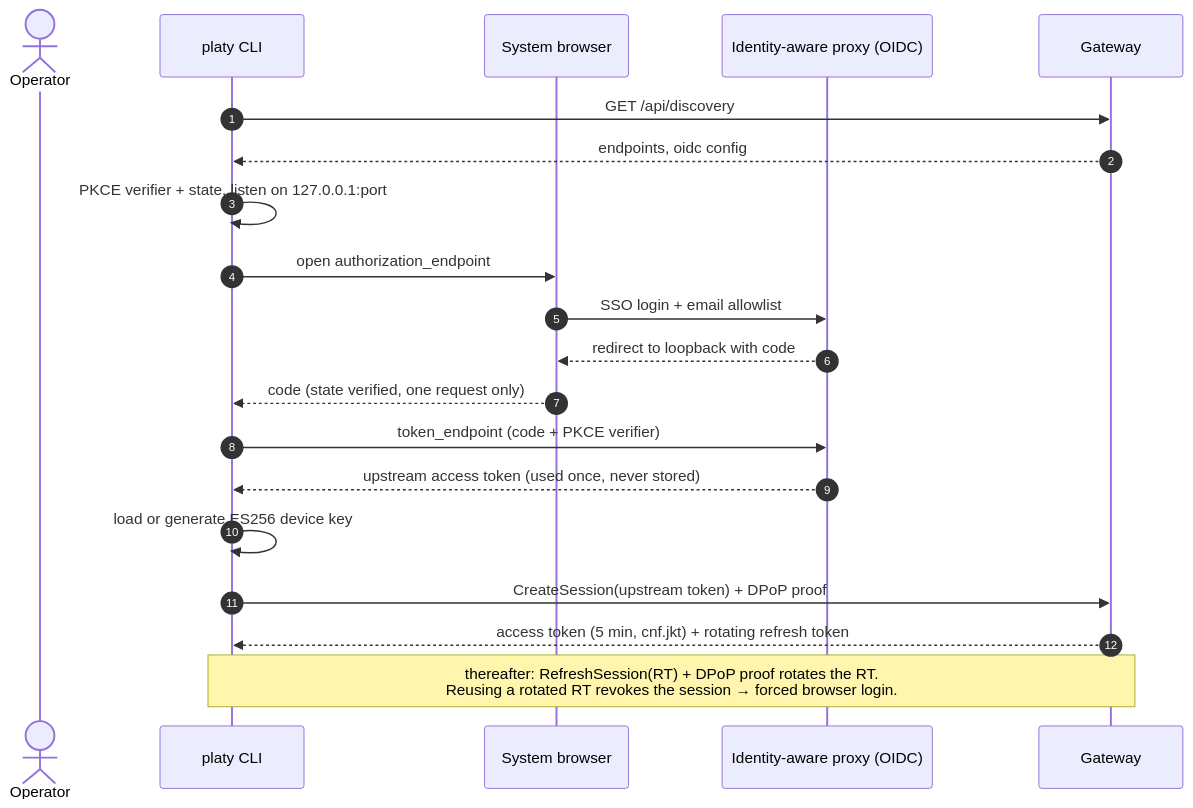
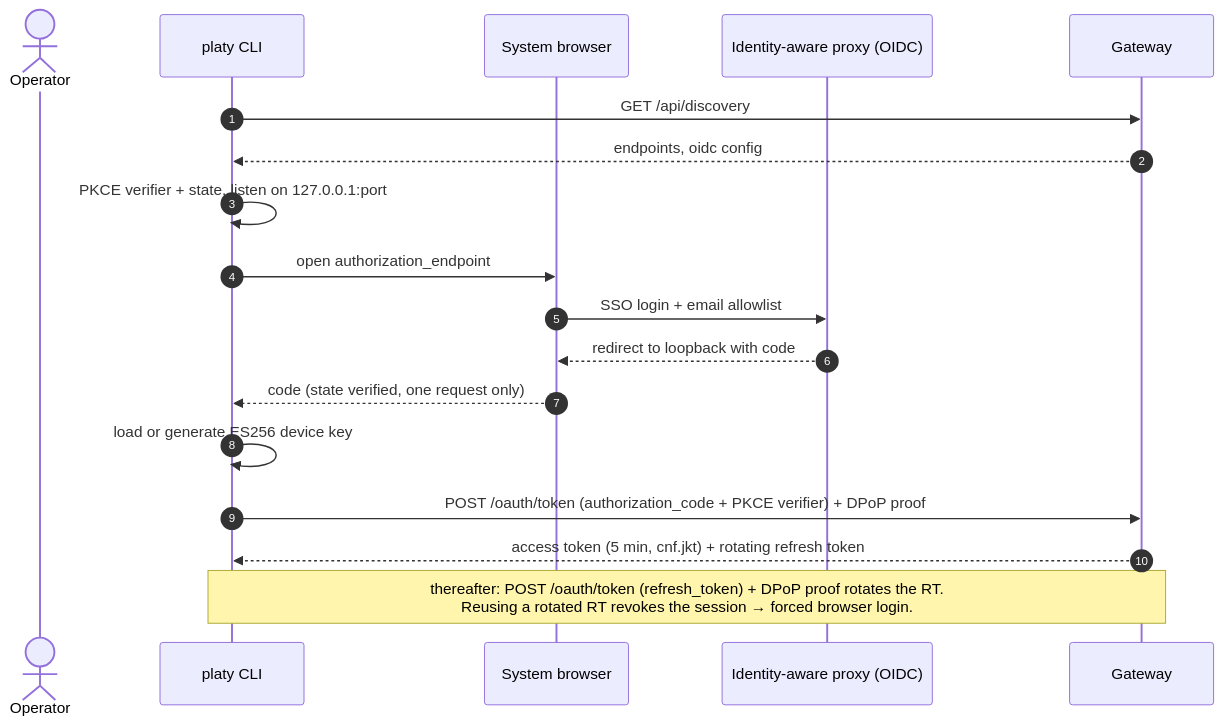
Before and after one commit to jackm43/rag: the third of 5 diagrams in infra/DESIGN.md, drawn with Mermaid. The commit also changed other lines of this file and 62 other files, not shown here.

First line of the commit message:
Standards pass: OAuth/DPoP endpoints, generated clients, policy docs

````diff
--- a/infra/DESIGN.md
+++ b/infra/DESIGN.md
@@ -314,23 +314,21 @@
 ```mermaid
 sequenceDiagram
     autonumber
     actor U as Operator
     participant CLI as platy CLI
     participant B as System browser
     participant IAP as Identity-aware proxy (OIDC)
     participant GW as Gateway
 
     CLI->>GW: GET /api/discovery
     GW-->>CLI: endpoints, oidc config
     CLI->>CLI: PKCE verifier + state, listen on 127.0.0.1:port
     CLI->>B: open authorization_endpoint
     B->>IAP: SSO login + email allowlist
     IAP-->>B: redirect to loopback with code
     B-->>CLI: code (state verified, one request only)
-    CLI->>IAP: token_endpoint (code + PKCE verifier)
-    IAP-->>CLI: upstream access token (used once, never stored)
     CLI->>CLI: load or generate ES256 device key
-    CLI->>GW: CreateSession(upstream token) + DPoP proof
+    CLI->>GW: POST /oauth/token (authorization_code + PKCE verifier) + DPoP proof
     GW-->>CLI: access token (5 min, cnf.jkt) + rotating refresh token
-    Note over CLI,GW: thereafter: RefreshSession(RT) + DPoP proof rotates the RT.<br/>Reusing a rotated RT revokes the session → forced browser login.
+    Note over CLI,GW: thereafter: POST /oauth/token (refresh_token) + DPoP proof rotates the RT.<br/>Reusing a rotated RT revokes the session → forced browser login.
 ```
````
